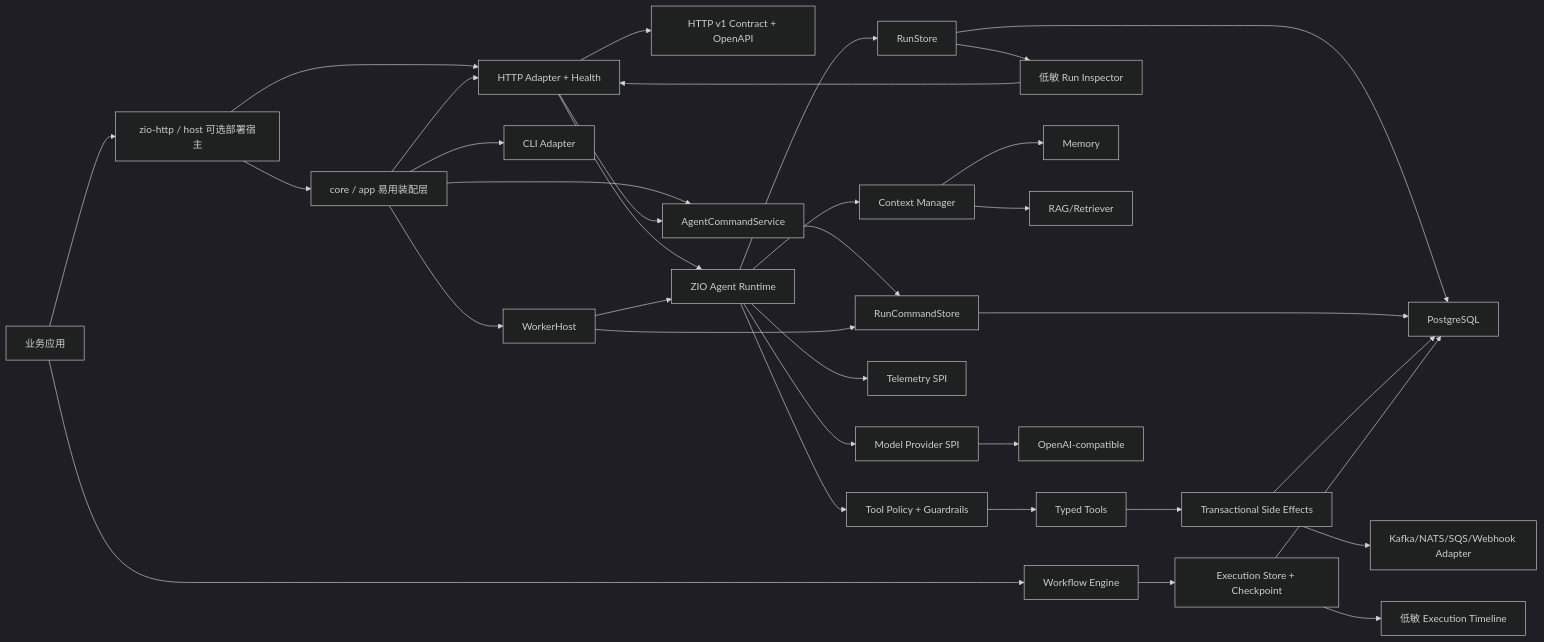
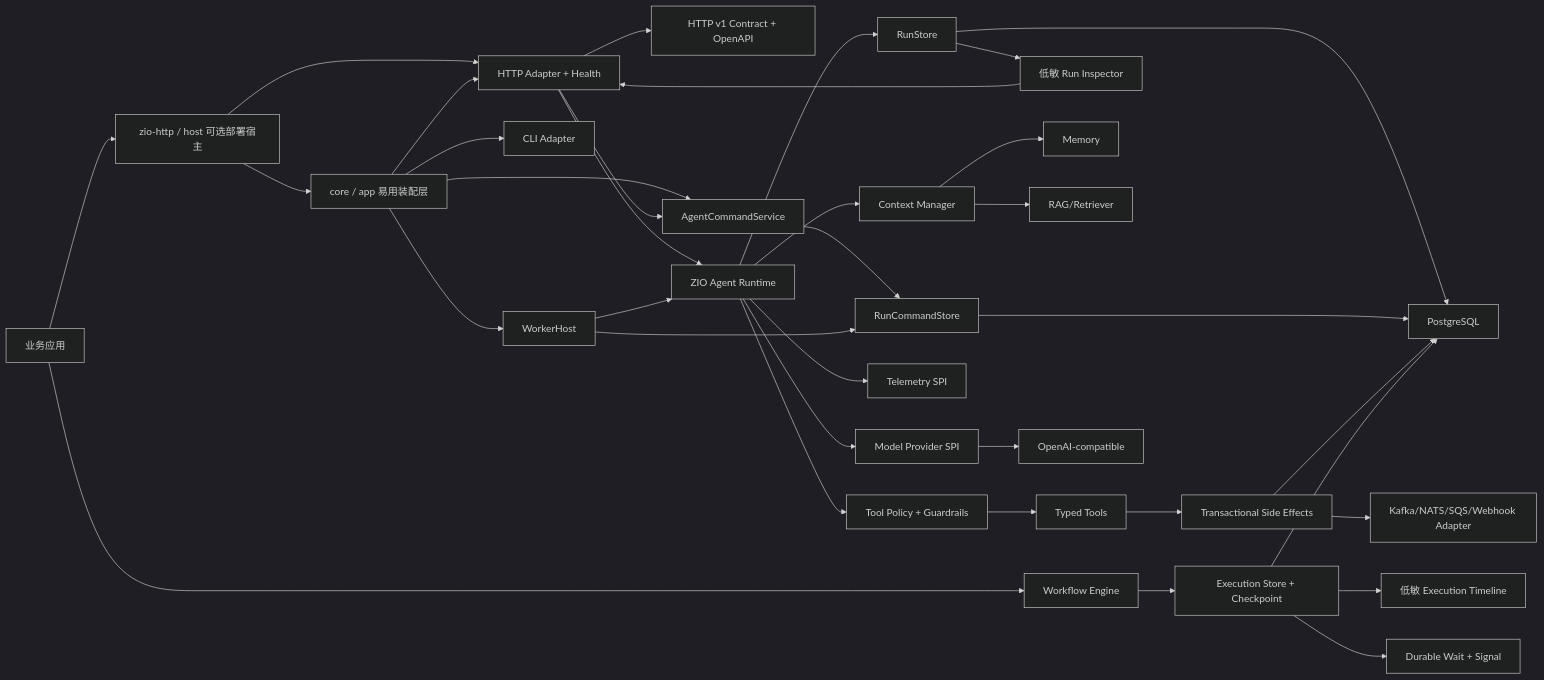
One commit to zyblw/zyblw-agent changed the first of 2 diagrams in docs/architecture.md. Above: the diagram before and after it, drawn with Mermaid (dark theme). The commit also changed other lines of this file and 34 other files, not shown here.

Commit message:
feat(workflow): add durable waits and reset 0.3 schema

````diff
--- a/docs/architecture.md
+++ b/docs/architecture.md
@@ -35,36 +35,37 @@
 ```mermaid
 flowchart LR
   Business[业务应用] --> Host[zio-http / host 可选部署宿主]
   Business --> Workflow[Workflow Engine]
   Host --> App[core / app 易用装配层]
   Host --> HTTP[HTTP Adapter + Health]
   HTTP --> Contract[HTTP v1 Contract + OpenAPI]
   App --> CLI[CLI Adapter]
   App --> HTTP
   App --> Control[AgentCommandService]
   App --> Scheduler[WorkerHost]
   HTTP --> Control
   HTTP --> Runtime[ZIO Agent Runtime]
   Runtime --> Context[Context Manager]
   Runtime --> Provider[Model Provider SPI]
   Runtime --> Policy[Tool Policy + Guardrails]
   Runtime --> Store[RunStore]
   Store --> Inspector[低敏 Run Inspector]
   Inspector --> HTTP
   Runtime --> Telemetry[Telemetry SPI]
   Context --> Memory[Memory]
   Context --> RAG[RAG/Retriever]
   Policy --> Tools[Typed Tools]
   Tools --> Effects[Transactional Side Effects]
   Provider --> OpenAI[OpenAI-compatible]
   Store --> PostgreSQL[PostgreSQL]
   Control --> Queue[RunCommandStore]
   Scheduler --> Runtime
   Scheduler --> Queue
   Queue --> PostgreSQL
   Effects --> PostgreSQL
   Effects --> Transport[Kafka/NATS/SQS/Webhook Adapter]
   Workflow --> WorkflowStore[Execution Store + Checkpoint]
   WorkflowStore --> PostgreSQL
   WorkflowStore --> WorkflowTimeline[低敏 Execution Timeline]
+  WorkflowStore --> WorkflowWait[Durable Wait + Signal]
 ```
````
